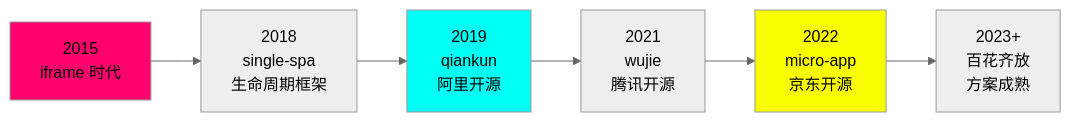
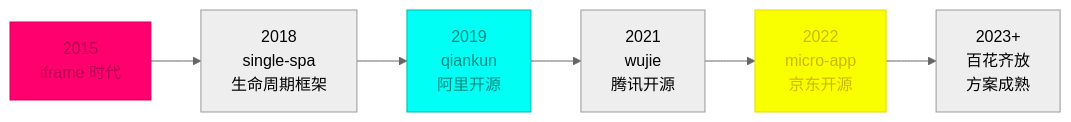
Before and after one commit to FreezeSoul/freezesoul.github.com: the third of 6 diagrams in _posts/2019-11-15-micro-frontend.md, drawn with Mermaid (neutral theme). The commit also changed other lines of this file and 9 other files, not shown here.

Commit message:
修正mermaid配色与要求

````diff
--- a/_posts/2019-11-15-micro-frontend.md
+++ b/_posts/2019-11-15-micro-frontend.md
@@ -195,12 +195,12 @@
 ```mermaid
 graph LR
     A[2015<br/>iframe 时代] --> B[2018<br/>single-spa<br/>生命周期框架]
     B --> C[2019<br/>qiankun<br/>阿里开源]
     C --> D[2021<br/>wujie<br/>腾讯开源]
     D --> E[2022<br/>micro-app<br/>京东开源]
     E --> F[2023+<br/>百花齐放<br/>方案成熟]
 
-    style A fill:#ff006e
-    style C fill:#00fff5
-    style E fill:#faff00
+    style A fill:#ff006e,stroke:#d6005c,color:#b3004e
+    style C fill:#00fff5,stroke:#00b8b0,color:#008b82
+    style E fill:#faff00,stroke:#e6d900,color:#c9b800
 ```
````
